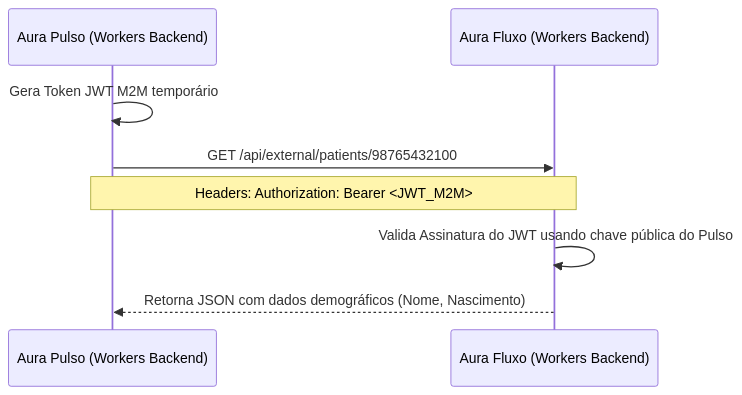
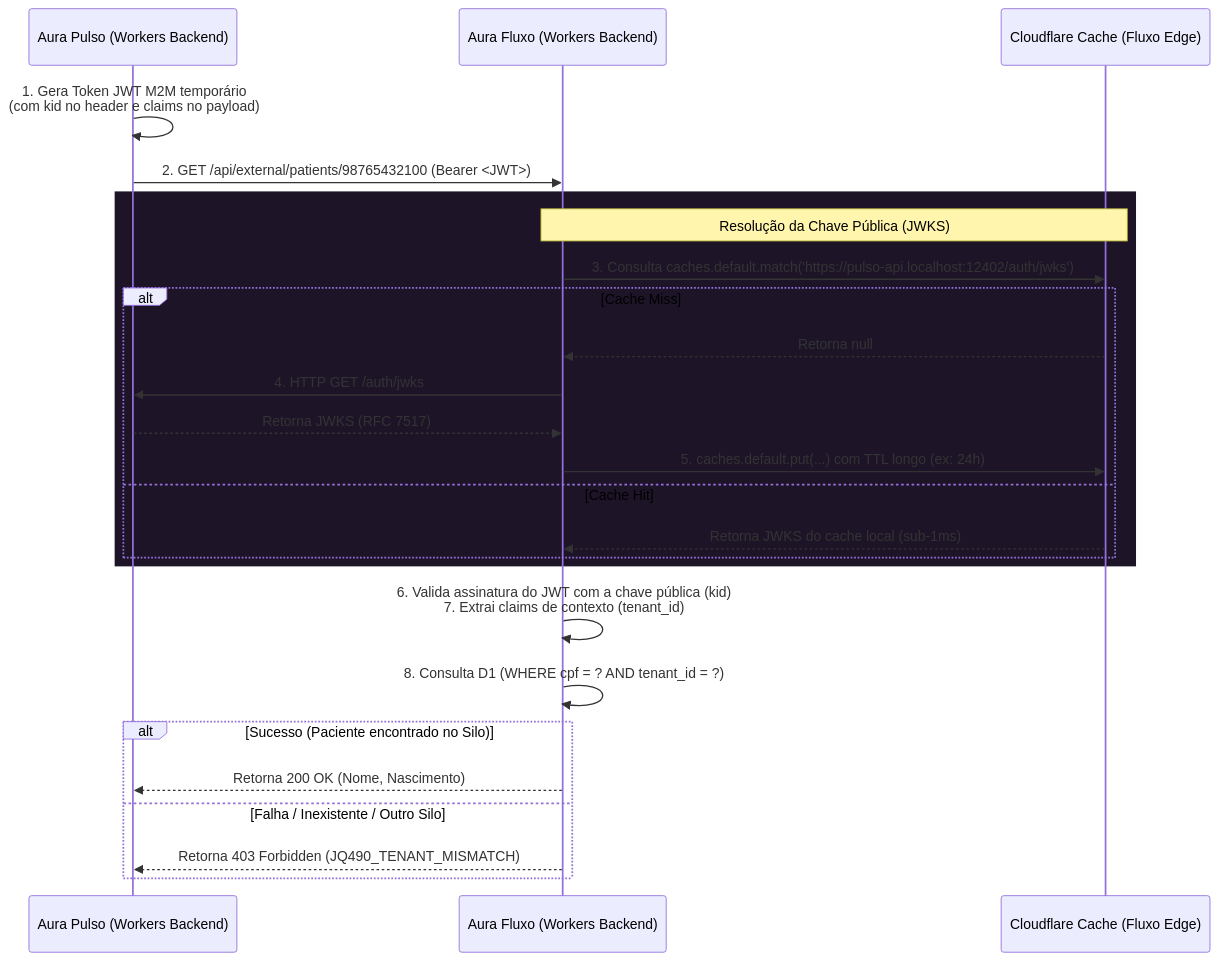
The second of 2 diagrams in apps/internal-docs/src/content/docs/engenharia/arquitetura-pulso.mdx (lumenpink/aura), drawn with Mermaid before and after one commit. The commit also changed other lines of this file, not shown here.

Commit message:
docs: documentar arquitetura de autenticação M2M com JWT, JWKS dinâmico e isolamento por tenant no Aura Fluxo

````diff
--- a/apps/internal-docs/src/content/docs/engenharia/arquitetura-pulso.mdx
+++ b/apps/internal-docs/src/content/docs/engenharia/arquitetura-pulso.mdx
@@ -286,11 +286,30 @@
 ```mermaid
 sequenceDiagram
     participant Pulso as Aura Pulso (Workers Backend)
     participant Fluxo as Aura Fluxo (Workers Backend)
+    participant Cache as Cloudflare Cache (Fluxo Edge)
     
-    Pulso->>Pulso: Gera Token JWT M2M temporário
-    Pulso->>Fluxo: GET /api/external/patients/98765432100
-    Note over Pulso, Fluxo: Headers: Authorization: Bearer <JWT_M2M>
-    Fluxo->>Fluxo: Valida Assinatura do JWT usando chave pública do Pulso
-    Fluxo-->>Pulso: Retorna JSON com dados demográficos (Nome, Nascimento)
+    Pulso->>Pulso: 1. Gera Token JWT M2M temporário<br/>(com kid no header e claims no payload)
+    Pulso->>Fluxo: 2. GET /api/external/patients/98765432100 (Bearer <JWT>)
+    
+    rect rgb(30, 20, 40)
+        Note over Fluxo, Cache: Resolução da Chave Pública (JWKS)
+        Fluxo->>Cache: 3. Consulta caches.default.match('https://pulso-api.localhost:12402/auth/jwks')
+        alt Cache Miss
+            Cache-->>Fluxo: Retorna null
+            Fluxo->>Pulso: 4. HTTP GET /auth/jwks
+            Pulso-->>Fluxo: Retorna JWKS (RFC 7517)
+            Fluxo->>Cache: 5. caches.default.put(...) com TTL longo (ex: 24h)
+        else Cache Hit
+            Cache-->>Fluxo: Retorna JWKS do cache local (sub-1ms)
+        end
+    end
+
+    Fluxo->>Fluxo: 6. Valida assinatura do JWT com a chave pública (kid)<br/>7. Extrai claims de contexto (tenant_id)
+    Fluxo->>Fluxo: 8. Consulta D1 (WHERE cpf = ? AND tenant_id = ?)
+    alt Sucesso (Paciente encontrado no Silo)
+        Fluxo-->>Pulso: Retorna 200 OK (Nome, Nascimento)
+    else Falha / Inexistente / Outro Silo
+        Fluxo-->>Pulso: Retorna 403 Forbidden (JQ490_TENANT_MISMATCH)
+    end
 ```
````
